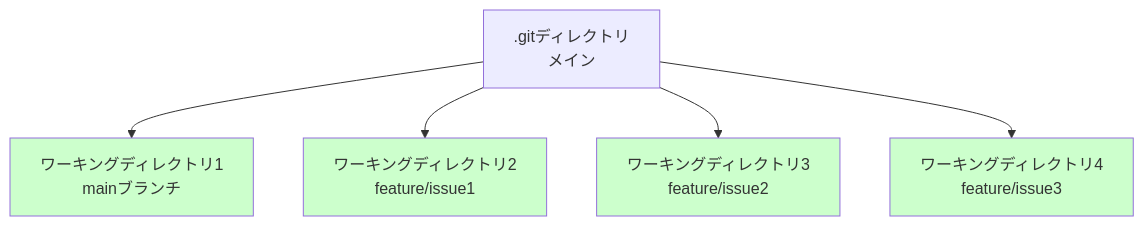
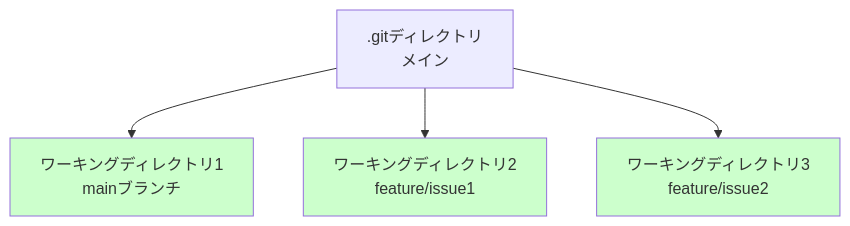
One commit to cyber-freaks-jp/AI_Driven_Development_Course changed the second of 2 diagrams in book/pages/git_worktreeでマルチタスクを並列化する.md. Above: the diagram before and after it, drawn with Mermaid. The commit also changed other lines of this file, not shown here.

````diff
--- a/book/pages/git_worktreeでマルチタスクを並列化する.md
+++ b/book/pages/git_worktreeでマルチタスクを並列化する.md
@@ -54,12 +54,10 @@
 ```mermaid
 graph TB
     A2[.gitディレクトリ<br/>メイン] --> B2[ワーキングディレクトリ1<br/>mainブランチ]
     A2 --> C2[ワーキングディレクトリ2<br/>feature/issue1]
     A2 --> D2[ワーキングディレクトリ3<br/>feature/issue2]
-    A2 --> E2[ワーキングディレクトリ4<br/>feature/issue3]
 
     style B2 fill:#ccffcc
     style C2 fill:#ccffcc
     style D2 fill:#ccffcc
-    style E2 fill:#ccffcc
 ```
````
